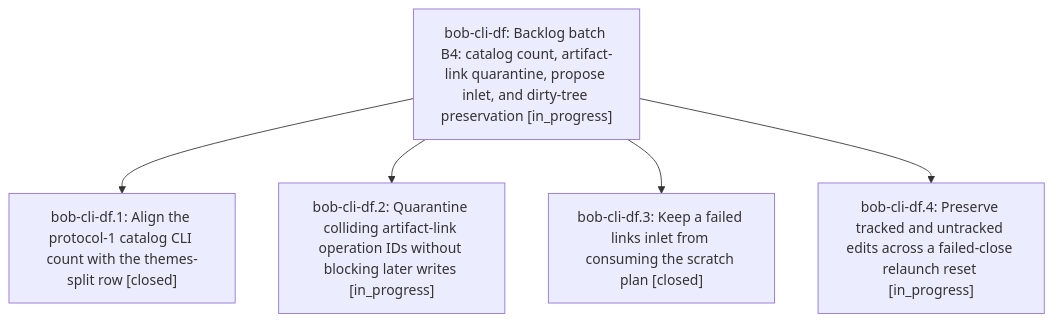
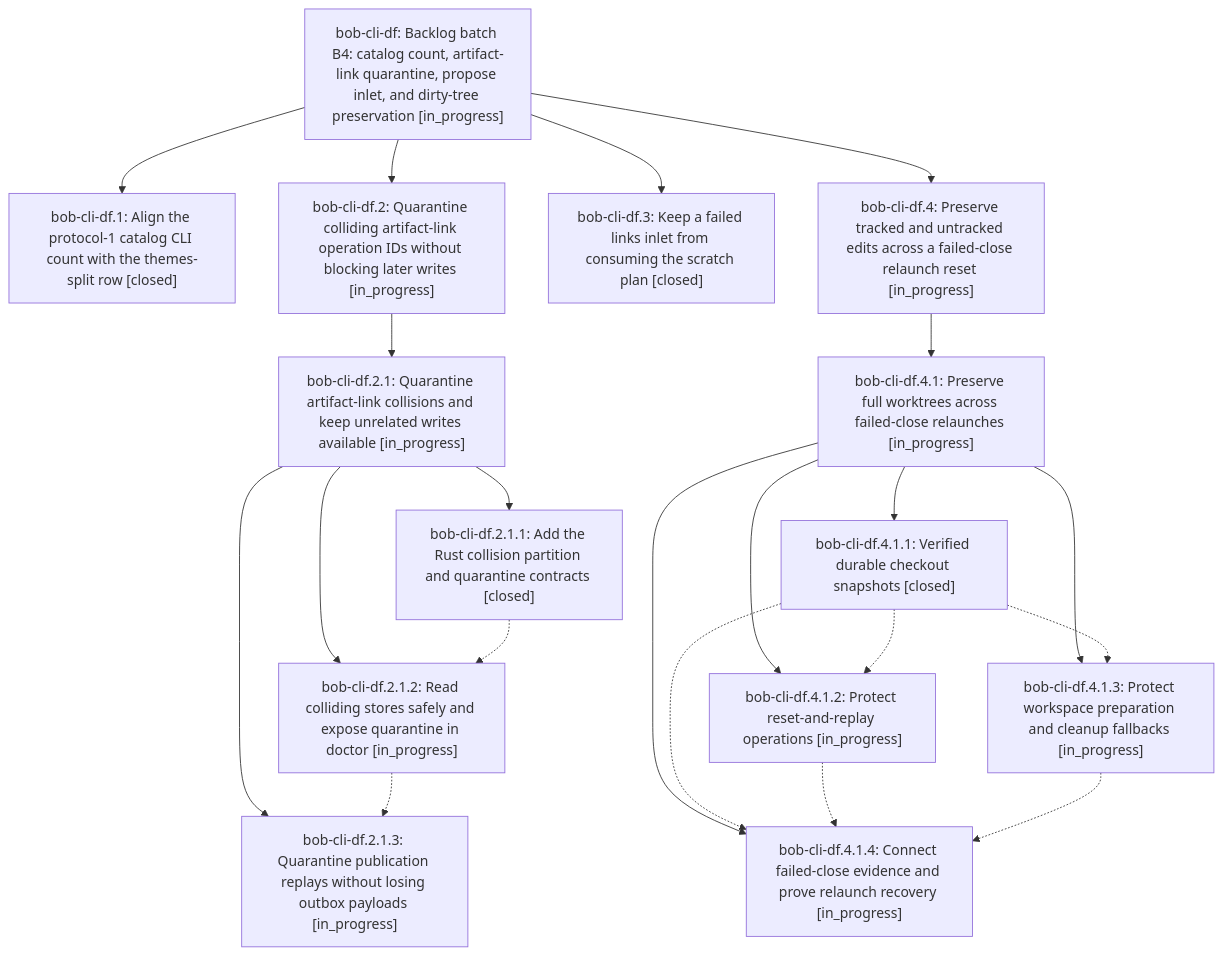
The diagram in pages/bob-cli-df/README.md (bobs-org/bob-cli--beads), drawn with Mermaid before and after one commit. The commit also changed other lines of this file and 11 other files, not shown here.

First line of the commit message:
chore(beads): sync bead state and pages for bob-cli-df

````diff
--- a/pages/bob-cli-df/README.md
+++ b/pages/bob-cli-df/README.md
@@ -25,12 +39,37 @@
 ```mermaid
 flowchart TD
     n0["bob-cli-df: Backlog batch B4: catalog count, artifact-link quarantine, propose inlet, and dirty-tree preservation [in_progress]"]
     n1["bob-cli-df.1: Align the protocol-1 catalog CLI count with the themes-split row [closed]"]
     n2["bob-cli-df.2: Quarantine colliding artifact-link operation IDs without blocking later writes [in_progress]"]
-    n3["bob-cli-df.3: Keep a failed links inlet from consuming the scratch plan [closed]"]
-    n4["bob-cli-df.4: Preserve tracked and untracked edits across a failed-close relaunch reset [in_progress]"]
+    n3["bob-cli-df.2.1: Quarantine artifact-link collisions and keep unrelated writes available [in_progress]"]
+    n4["bob-cli-df.2.1.1: Add the Rust collision partition and quarantine contracts [closed]"]
+    n5["bob-cli-df.2.1.2: Read colliding stores safely and expose quarantine in doctor [in_progress]"]
+    n6["bob-cli-df.2.1.3: Quarantine publication replays without losing outbox payloads [in_progress]"]
+    n7["bob-cli-df.3: Keep a failed links inlet from consuming the scratch plan [closed]"]
+    n8["bob-cli-df.4: Preserve tracked and untracked edits across a failed-close relaunch reset [in_progress]"]
+    n9["bob-cli-df.4.1: Preserve full worktrees across failed-close relaunches [in_progress]"]
+    n10["bob-cli-df.4.1.1: Verified durable checkout snapshots [closed]"]
+    n11["bob-cli-df.4.1.2: Protect reset-and-replay operations [in_progress]"]
+    n12["bob-cli-df.4.1.3: Protect workspace preparation and cleanup fallbacks [in_progress]"]
+    n13["bob-cli-df.4.1.4: Connect failed-close evidence and prove relaunch recovery [in_progress]"]
     n0 --> n1
     n0 --> n2
-    n0 --> n3
-    n0 --> n4
+    n2 --> n3
+    n3 --> n4
+    n3 --> n5
+    n3 --> n6
+    n0 --> n7
+    n0 --> n8
+    n8 --> n9
+    n9 --> n10
+    n9 --> n11
+    n9 --> n12
+    n9 --> n13
+    n4 -.-> n5
+    n5 -.-> n6
+    n10 -.-> n11
+    n10 -.-> n12
+    n10 -.-> n13
+    n11 -.-> n13
+    n12 -.-> n13
 ```
````
